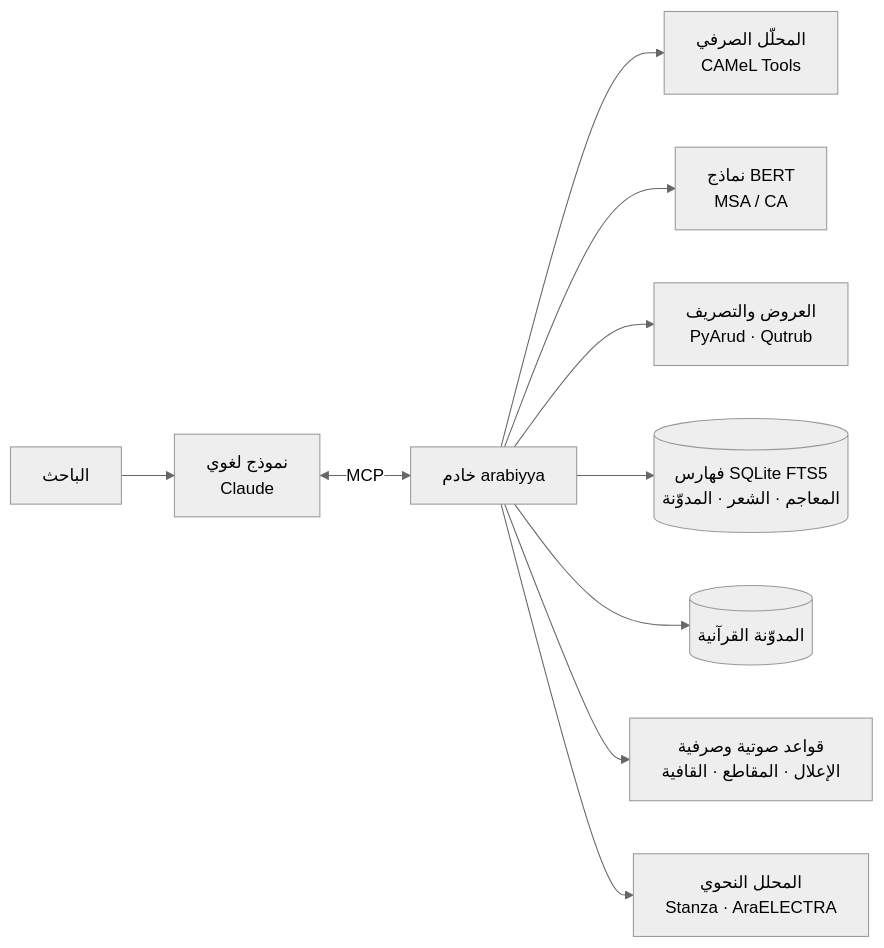
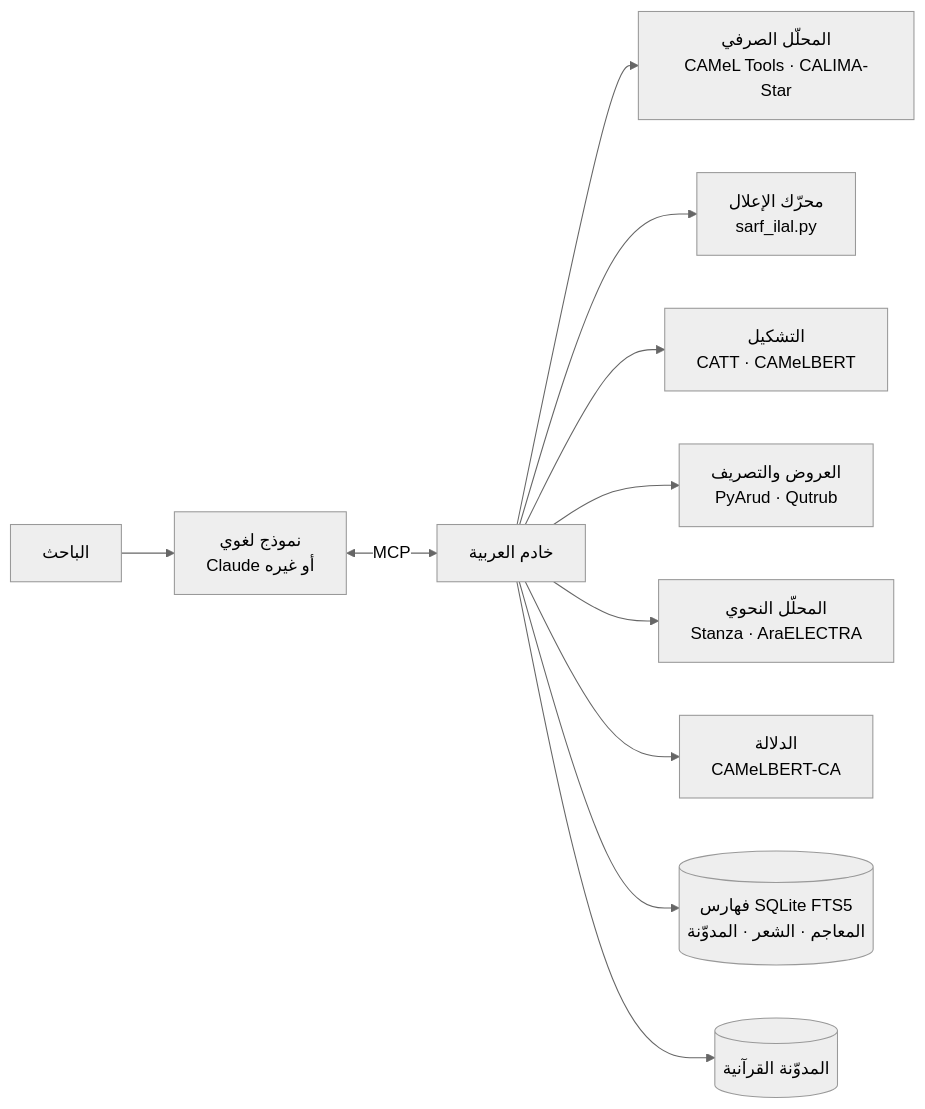
Before and after one commit to Sayedforces2021/arabiyya-mcp: the diagram in README.md, drawn with Mermaid (neutral theme). The commit also changed other lines of this file and 8 other files, not shown here.

````diff
--- a/README.md
+++ b/README.md
@@ -45,12 +76,13 @@
 ```mermaid
 flowchart LR
-    U[الباحث] --> C[نموذج لغوي<br/>Claude]
-    C <-->|MCP| S[خادم arabiyya]
-    S --> M[المحلّل الصرفي<br/>CAMeL Tools]
-    S --> B[نماذج BERT<br/>MSA / CA]
+    U[الباحث] --> C[نموذج لغوي<br/>Claude أو غيره]
+    C <-->|MCP| S[خادم العربية]
+    S --> M[المحلّل الصرفي<br/>CAMeL Tools · CALIMA-Star]
+    S --> I[محرّك الإعلال<br/>sarf_ilal.py]
+    S --> D[التشكيل<br/>CATT · CAMeLBERT]
     S --> P[العروض والتصريف<br/>PyArud · Qutrub]
+    S --> N[المحلّل النحوي<br/>Stanza · AraELECTRA]
+    S --> B[الدلالة<br/>CAMeLBERT-CA]
     S --> R[(فهارس SQLite FTS5<br/>المعاجم · الشعر · المدوّنة)]
     S --> Q[(المدوّنة القرآنية)]
-    S --> X[قواعد صوتية وصرفية<br/>الإعلال · المقاطع · القافية]
-    S --> N[المحلل النحوي<br/>Stanza · AraELECTRA]
 ```
````
